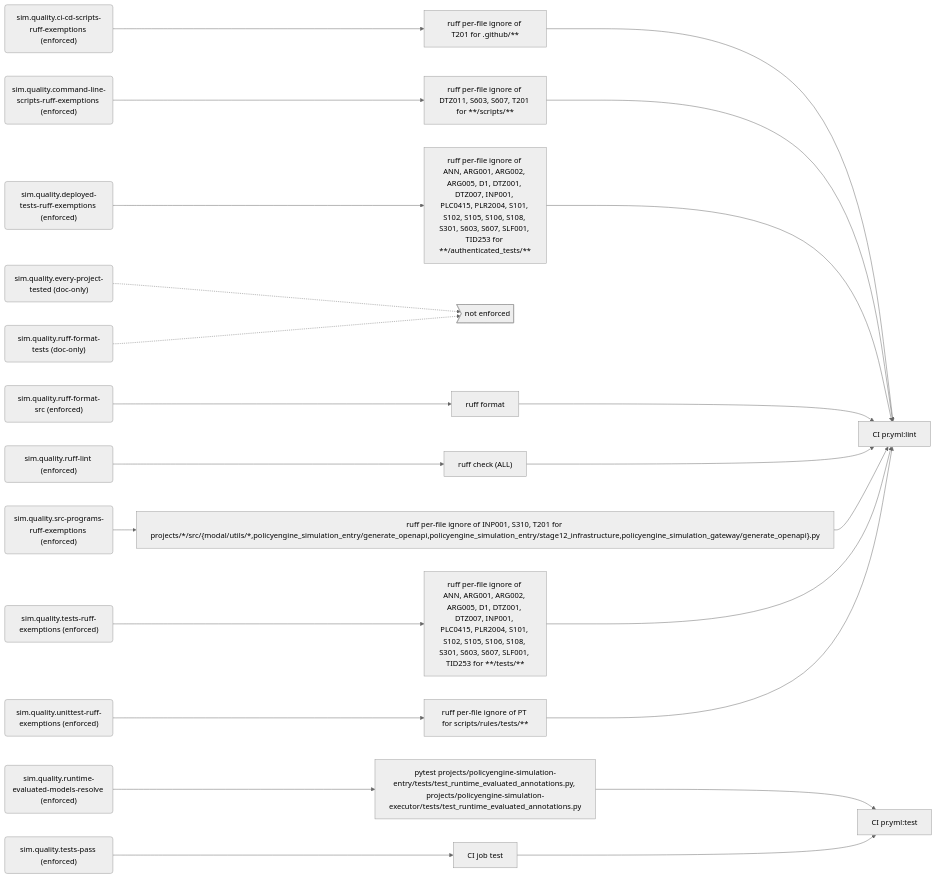
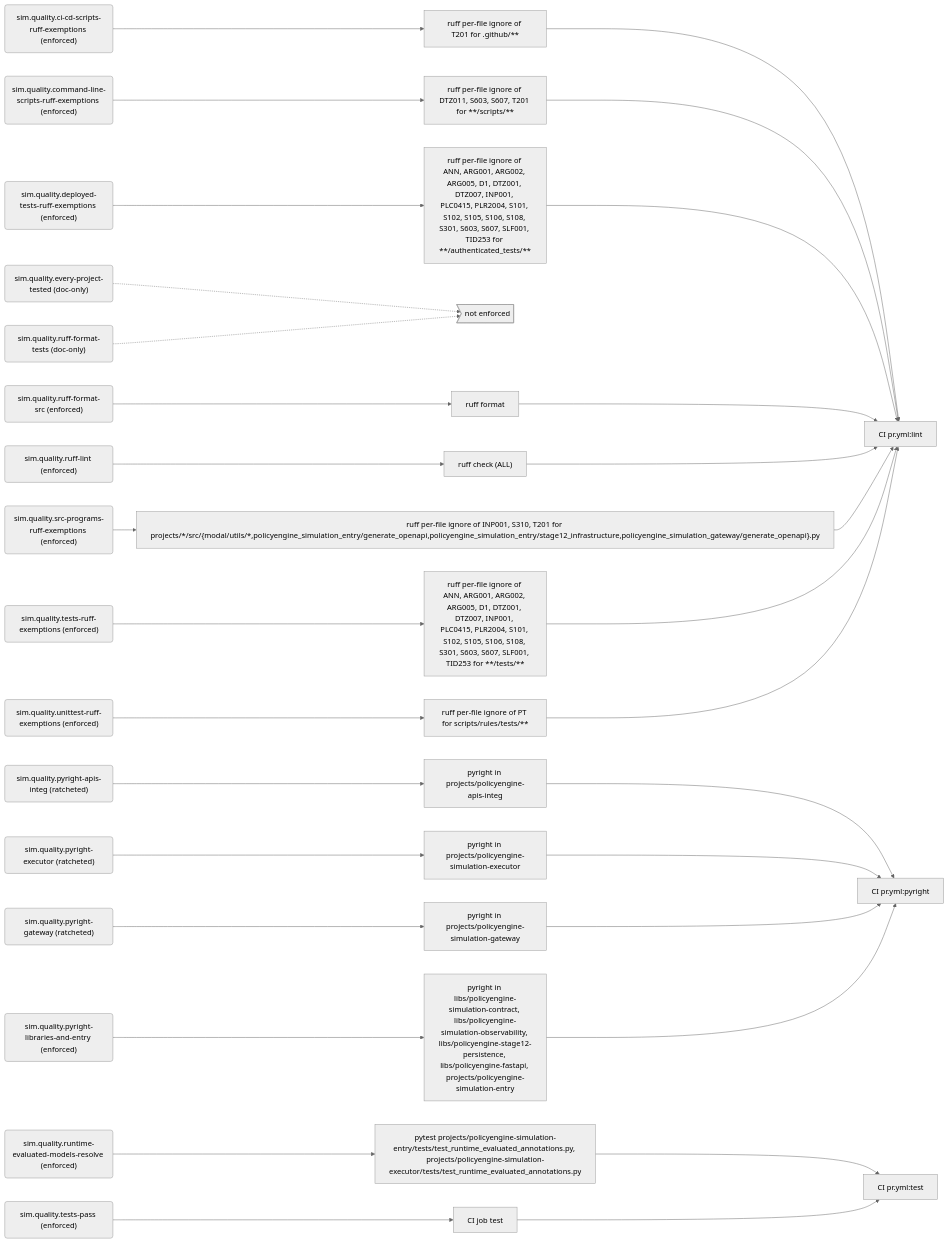
One commit to PolicyEngine/policyengine-sim-api changed the seventh of 9 diagrams in docs/generated/rules.md. Above: the diagram before and after it, drawn with Mermaid (neutral theme). The commit also changed other lines of this file and 23 other files, not shown here.

````diff
--- a/docs/generated/rules.md
+++ b/docs/generated/rules.md
@@ -295,50 +302,67 @@
 ```mermaid
 flowchart LR
   r_sim_quality_ci_cd_scripts_ruff_exemptions("sim.quality.ci-cd-scripts-ruff-exemptions (enforced)")
   e_ruff_per_file_ignore_of_T201_for__github___["ruff per-file ignore of T201 for .github/**"]
   j_CI_pr_yml_lint["CI pr.yml:lint"]
   r_sim_quality_command_line_scripts_ruff_exemptions("sim.quality.command-line-scripts-ruff-exemptions (enforced)")
   e_ruff_per_file_ignore_of_DTZ011__S603__S607__T201_for____scripts___["ruff per-file ignore of DTZ011, S603, S607, T201 for **/scripts/**"]
   r_sim_quality_deployed_tests_ruff_exemptions("sim.quality.deployed-tests-ruff-exemptions (enforced)")
   e_ruff_per_file_ignore_of_ANN__ARG001__ARG002__ARG005__D1__DTZ001__DTZ007__INP001__PLC0415__PLR2004__S101__S102__S105__S106__S108__S301__S603__S607__SLF001__TID253_for____authenticated_tests___["ruff per-file ignore of ANN, ARG001, ARG002, ARG005, D1, DTZ001, DTZ007, INP001, PLC0415, PLR2004, S101, S102, S105, S106, S108, S301, S603, S607, SLF001, TID253 for **/authenticated_tests/**"]
   r_sim_quality_every_project_tested("sim.quality.every-project-tested (doc-only)")
   gap_unenforced>"not enforced"]
+  r_sim_quality_pyright_apis_integ("sim.quality.pyright-apis-integ (ratcheted)")
+  e_pyright_in_projects_policyengine_apis_integ["pyright in projects/policyengine-apis-integ"]
+  j_CI_pr_yml_pyright["CI pr.yml:pyright"]
+  r_sim_quality_pyright_executor("sim.quality.pyright-executor (ratcheted)")
+  e_pyright_in_projects_policyengine_simulation_executor["pyright in projects/policyengine-simulation-executor"]
+  r_sim_quality_pyright_gateway("sim.quality.pyright-gateway (ratcheted)")
+  e_pyright_in_projects_policyengine_simulation_gateway["pyright in projects/policyengine-simulation-gateway"]
+  r_sim_quality_pyright_libraries_and_entry("sim.quality.pyright-libraries-and-entry (enforced)")
+  e_pyright_in_libs_policyengine_simulation_contract__libs_policyengine_simulation_observability__libs_policyengine_stage12_persistence__libs_policyengine_fastapi__projects_policyengine_simulation_entry["pyright in libs/policyengine-simulation-contract, libs/policyengine-simulation-observability, libs/policyengine-stage12-persistence, libs/policyengine-fastapi, projects/policyengine-simulation-entry"]
   r_sim_quality_ruff_format_src("sim.quality.ruff-format-src (enforced)")
   e_ruff_format["ruff format"]
   r_sim_quality_ruff_format_tests("sim.quality.ruff-format-tests (doc-only)")
   r_sim_quality_ruff_lint("sim.quality.ruff-lint (enforced)")
   e_ruff_check__ALL_["ruff check (ALL)"]
   r_sim_quality_runtime_evaluated_models_resolve("sim.quality.runtime-evaluated-models-resolve (enforced)")
   e_pytest_projects_policyengine_simulation_entry_tests_test_runtime_evaluated_annotations_py__projects_policyengine_simulation_executor_tests_test_runtime_evaluated_annotations_py["pytest projects/policyengine-simulation-entry/tests/test_runtime_evaluated_annotations.py, projects/policyengine-simulation-executor/tests/test_runtime_evaluated_annotations.py"]
   j_CI_pr_yml_test["CI pr.yml:test"]
   r_sim_quality_src_programs_ruff_exemptions("sim.quality.src-programs-ruff-exemptions (enforced)")
   e_ruff_per_file_ignore_of_INP001__S310__T201_for_projects___src__modal_utils___policyengine_simulation_entry_generate_openapi_policyengine_simulation_entry_stage12_infrastructure_policyengine_simulation_gateway_generate_openapi__py["ruff per-file ignore of INP001, S310, T201 for projects/*/src/{modal/utils/*,policyengine_simulation_entry/generate_openapi,policyengine_simulation_entry/stage12_infrastructure,policyengine_simulation_gateway/generate_openapi}.py"]
   r_sim_quality_tests_pass("sim.quality.tests-pass (enforced)")
   e_CI_job_test["CI job test"]
   r_sim_quality_tests_ruff_exemptions("sim.quality.tests-ruff-exemptions (enforced)")
   e_ruff_per_file_ignore_of_ANN__ARG001__ARG002__ARG005__D1__DTZ001__DTZ007__INP001__PLC0415__PLR2004__S101__S102__S105__S106__S108__S301__S603__S607__SLF001__TID253_for____tests___["ruff per-file ignore of ANN, ARG001, ARG002, ARG005, D1, DTZ001, DTZ007, INP001, PLC0415, PLR2004, S101, S102, S105, S106, S108, S301, S603, S607, SLF001, TID253 for **/tests/**"]
   r_sim_quality_unittest_ruff_exemptions("sim.quality.unittest-ruff-exemptions (enforced)")
   e_ruff_per_file_ignore_of_PT_for_scripts_rules_tests___["ruff per-file ignore of PT for scripts/rules/tests/**"]
   r_sim_quality_ci_cd_scripts_ruff_exemptions --> e_ruff_per_file_ignore_of_T201_for__github___
   e_ruff_per_file_ignore_of_T201_for__github___ --> j_CI_pr_yml_lint
   r_sim_quality_command_line_scripts_ruff_exemptions --> e_ruff_per_file_ignore_of_DTZ011__S603__S607__T201_for____scripts___
   e_ruff_per_file_ignore_of_DTZ011__S603__S607__T201_for____scripts___ --> j_CI_pr_yml_lint
   r_sim_quality_deployed_tests_ruff_exemptions --> e_ruff_per_file_ignore_of_ANN__ARG001__ARG002__ARG005__D1__DTZ001__DTZ007__INP001__PLC0415__PLR2004__S101__S102__S105__S106__S108__S301__S603__S607__SLF001__TID253_for____authenticated_tests___
   e_ruff_per_file_ignore_of_ANN__ARG001__ARG002__ARG005__D1__DTZ001__DTZ007__INP001__PLC0415__PLR2004__S101__S102__S105__S106__S108__S301__S603__S607__SLF001__TID253_for____authenticated_tests___ --> j_CI_pr_yml_lint
   r_sim_quality_every_project_tested -.-> gap_unenforced
+  r_sim_quality_pyright_apis_integ --> e_pyright_in_projects_policyengine_apis_integ
+  e_pyright_in_projects_policyengine_apis_integ --> j_CI_pr_yml_pyright
+  r_sim_quality_pyright_executor --> e_pyright_in_projects_policyengine_simulation_executor
+  e_pyright_in_projects_policyengine_simulation_executor --> j_CI_pr_yml_pyright
+  r_sim_quality_pyright_gateway --> e_pyright_in_projects_policyengine_simulation_gateway
+  e_pyright_in_projects_policyengine_simulation_gateway --> j_CI_pr_yml_pyright
+  r_sim_quality_pyright_libraries_and_entry --> e_pyright_in_libs_policyengine_simulation_contract__libs_policyengine_simulation_observability__libs_policyengine_stage12_persistence__libs_policyengine_fastapi__projects_policyengine_simulation_entry
+  e_pyright_in_libs_policyengine_simulation_contract__libs_policyengine_simulation_observability__libs_policyengine_stage12_persistence__libs_policyengine_fastapi__projects_policyengine_simulation_entry --> j_CI_pr_yml_pyright
   r_sim_quality_ruff_format_src --> e_ruff_format
   e_ruff_format --> j_CI_pr_yml_lint
   r_sim_quality_ruff_format_tests -.-> gap_unenforced
   r_sim_quality_ruff_lint --> e_ruff_check__ALL_
   e_ruff_check__ALL_ --> j_CI_pr_yml_lint
   r_sim_quality_runtime_evaluated_models_resolve --> e_pytest_projects_policyengine_simulation_entry_tests_test_runtime_evaluated_annotations_py__projects_policyengine_simulation_executor_tests_test_runtime_evaluated_annotations_py
   e_pytest_projects_policyengine_simulation_entry_tests_test_runtime_evaluated_annotations_py__projects_policyengine_simulation_executor_tests_test_runtime_evaluated_annotations_py --> j_CI_pr_yml_test
   r_sim_quality_src_programs_ruff_exemptions --> e_ruff_per_file_ignore_of_INP001__S310__T201_for_projects___src__modal_utils___policyengine_simulation_entry_generate_openapi_policyengine_simulation_entry_stage12_infrastructure_policyengine_simulation_gateway_generate_openapi__py
   e_ruff_per_file_ignore_of_INP001__S310__T201_for_projects___src__modal_utils___policyengine_simulation_entry_generate_openapi_policyengine_simulation_entry_stage12_infrastructure_policyengine_simulation_gateway_generate_openapi__py --> j_CI_pr_yml_lint
   r_sim_quality_tests_pass --> e_CI_job_test
   e_CI_job_test --> j_CI_pr_yml_test
   r_sim_quality_tests_ruff_exemptions --> e_ruff_per_file_ignore_of_ANN__ARG001__ARG002__ARG005__D1__DTZ001__DTZ007__INP001__PLC0415__PLR2004__S101__S102__S105__S106__S108__S301__S603__S607__SLF001__TID253_for____tests___
   e_ruff_per_file_ignore_of_ANN__ARG001__ARG002__ARG005__D1__DTZ001__DTZ007__INP001__PLC0415__PLR2004__S101__S102__S105__S106__S108__S301__S603__S607__SLF001__TID253_for____tests___ --> j_CI_pr_yml_lint
   r_sim_quality_unittest_ruff_exemptions --> e_ruff_per_file_ignore_of_PT_for_scripts_rules_tests___
   e_ruff_per_file_ignore_of_PT_for_scripts_rules_tests___ --> j_CI_pr_yml_lint
 ```
````
